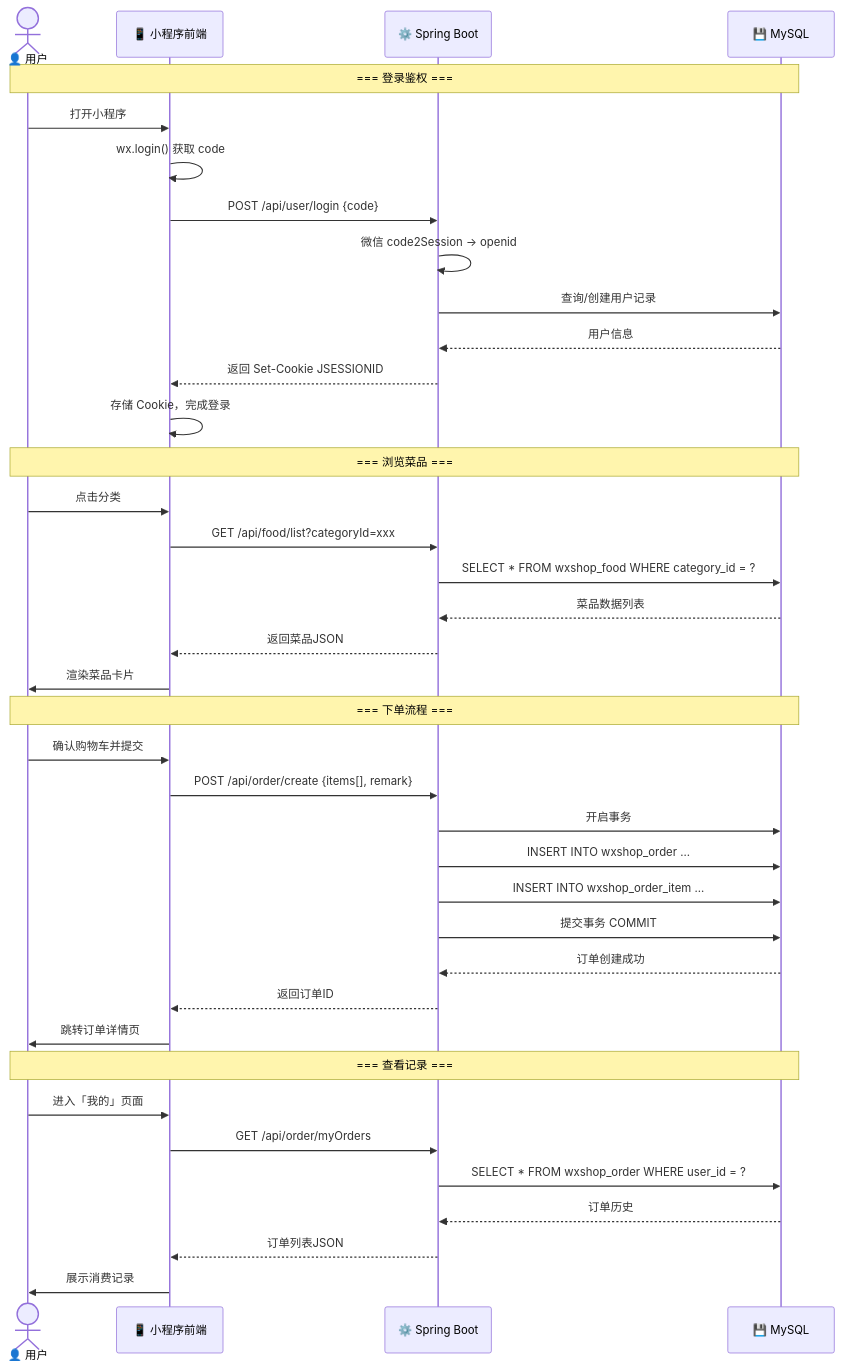
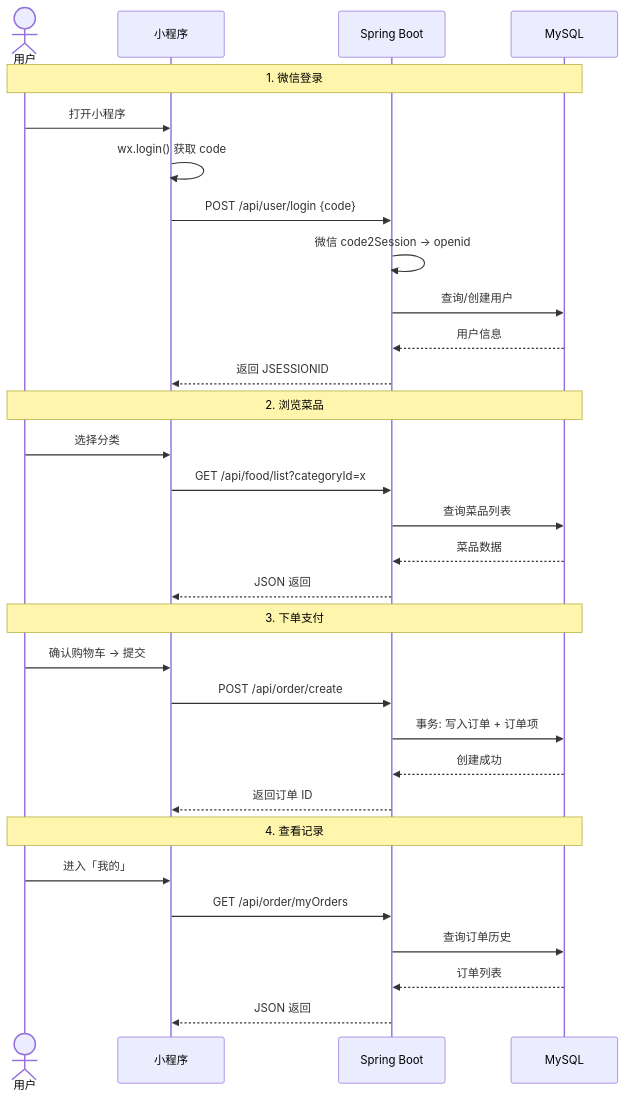
One commit to XingJi-love/yikou-canteen changed the second of 2 diagrams in README.md. Above: the diagram before and after it, drawn with Mermaid. The commit also changed other lines of this file and 23 other files, not shown here.

````diff
--- a/README.md
+++ b/README.md
@@ -122,44 +52,37 @@
 ```mermaid
 sequenceDiagram
-    actor User as 👤 用户
-    participant MP as 📱 小程序前端
-    participant API as ⚙️ Spring Boot
-    participant DB as 💾 MySQL
+    actor User as 用户
+    participant MP as 小程序
+    participant API as Spring Boot
+    participant DB as MySQL
 
-    Note over User,DB: === 登录鉴权 ===
+    Note over User,DB: 1. 微信登录
     User->>MP: 打开小程序
     MP->>MP: wx.login() 获取 code
     MP->>API: POST /api/user/login {code}
     API->>API: 微信 code2Session → openid
-    API->>DB: 查询/创建用户记录
+    API->>DB: 查询/创建用户
     DB-->>API: 用户信息
-    API-->>MP: 返回 Set-Cookie JSESSIONID
-    MP->>MP: 存储 Cookie，完成登录
+    API-->>MP: 返回 JSESSIONID
 
-    Note over User,DB: === 浏览菜品 ===
-    User->>MP: 点击分类
-    MP->>API: GET /api/food/list?categoryId=xxx
-    API->>DB: SELECT * FROM wxshop_food WHERE category_id = ?
-    DB-->>API: 菜品数据列表
-    API-->>MP: 返回菜品JSON
-    MP->>User: 渲染菜品卡片
+    Note over User,DB: 2. 浏览菜品
+    User->>MP: 选择分类
+    MP->>API: GET /api/food/list?categoryId=x
+    API->>DB: 查询菜品列表
+    DB-->>API: 菜品数据
+    API-->>MP: JSON 返回
 
-    Note over User,DB: === 下单流程 ===
-    User->>MP: 确认购物车并提交
-    MP->>API: POST /api/order/create {items[], remark}
-    API->>DB: 开启事务
-    API->>DB: INSERT INTO wxshop_order ...
-    API->>DB: INSERT INTO wxshop_order_item ...
-    API->>DB: 提交事务 COMMIT
-    DB-->>API: 订单创建成功
-    API-->>MP: 返回订单ID
-    MP->>User: 跳转订单详情页
+    Note over User,DB: 3. 下单支付
+    User->>MP: 确认购物车 → 提交
+    MP->>API: POST /api/order/create
+    API->>DB: 事务: 写入订单 + 订单项
+    DB-->>API: 创建成功
+    API-->>MP: 返回订单 ID
 
-    Note over User,DB: === 查看记录 ===
-    User->>MP: 进入「我的」页面
+    Note over User,DB: 4. 查看记录
+    User->>MP: 进入「我的」
     MP->>API: GET /api/order/myOrders
-    API->>DB: SELECT * FROM wxshop_order WHERE user_id = ?
-    DB-->>API: 订单历史
-    API-->>MP: 订单列表JSON
-    MP->>User: 展示消费记录
+    API->>DB: 查询订单历史
+    DB-->>API: 订单列表
+    API-->>MP: JSON 返回
 ```
````
